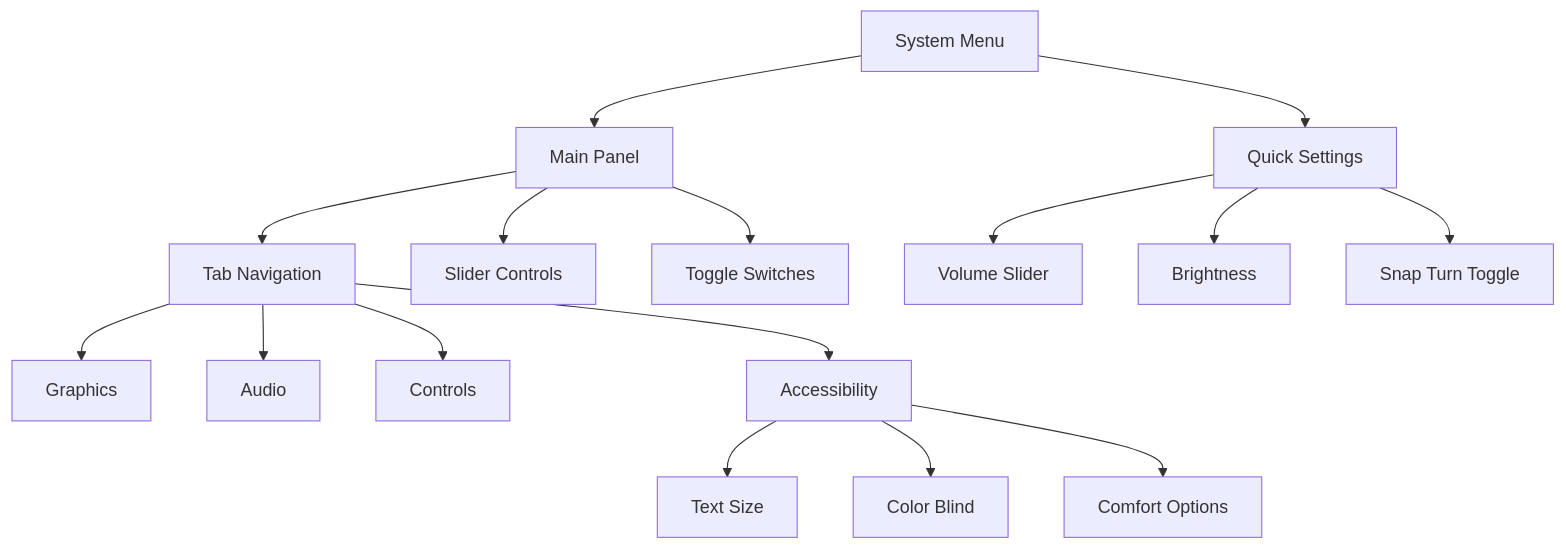
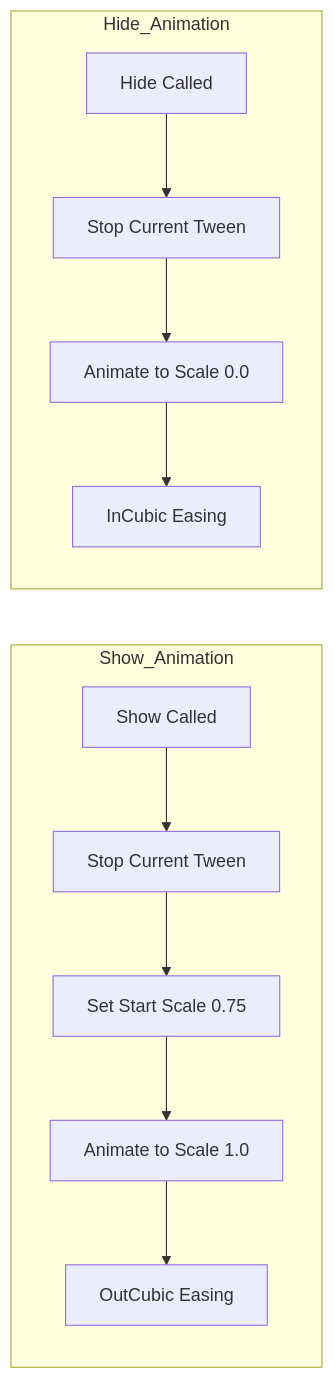
One commit to SBUplakankus/monsta-choppa-vr changed the third of 4 diagrams in Docs/User_Interface.md. Above: the diagram before and after it, drawn with Mermaid. The commit also changed other lines of this file and 49 other files, not shown here.

````diff
--- a/Docs/User_Interface.md
+++ b/Docs/User_Interface.md
@@ -88,22 +90,15 @@
 ```mermaid
-graph TD
-    A[System Menu] --> B[Main Panel]
-    A --> C[Quick Settings]
+graph LR
+    subgraph Show_Animation
+        A1[Show Called] --> A2[Stop Current Tween]
+        A2 --> A3[Set Start Scale 0.75]
+        A3 --> A4[Animate to Scale 1.0]
+        A4 --> A5[OutCubic Easing]
+    end
     
-    B --> B1[Tab Navigation]
-    B --> B2[Slider Controls]
-    B --> B3[Toggle Switches]
-    
-    C --> C1[Volume Slider]
-    C --> C2[Brightness]
-    C --> C3[Snap Turn Toggle]
-    
-    B1 --> B1a[Graphics]
-    B1 --> B1b[Audio]
-    B1 --> B1c[Controls]
-    B1 --> B1d[Accessibility]
-    
-    B1d --> B1d1[Text Size]
-    B1d --> B1d2[Color Blind]
-    B1d --> B1d3[Comfort Options]
+    subgraph Hide_Animation
+        B1[Hide Called] --> B2[Stop Current Tween]
+        B2 --> B3[Animate to Scale 0.0]
+        B3 --> B4[InCubic Easing]
+    end
 ```
````
